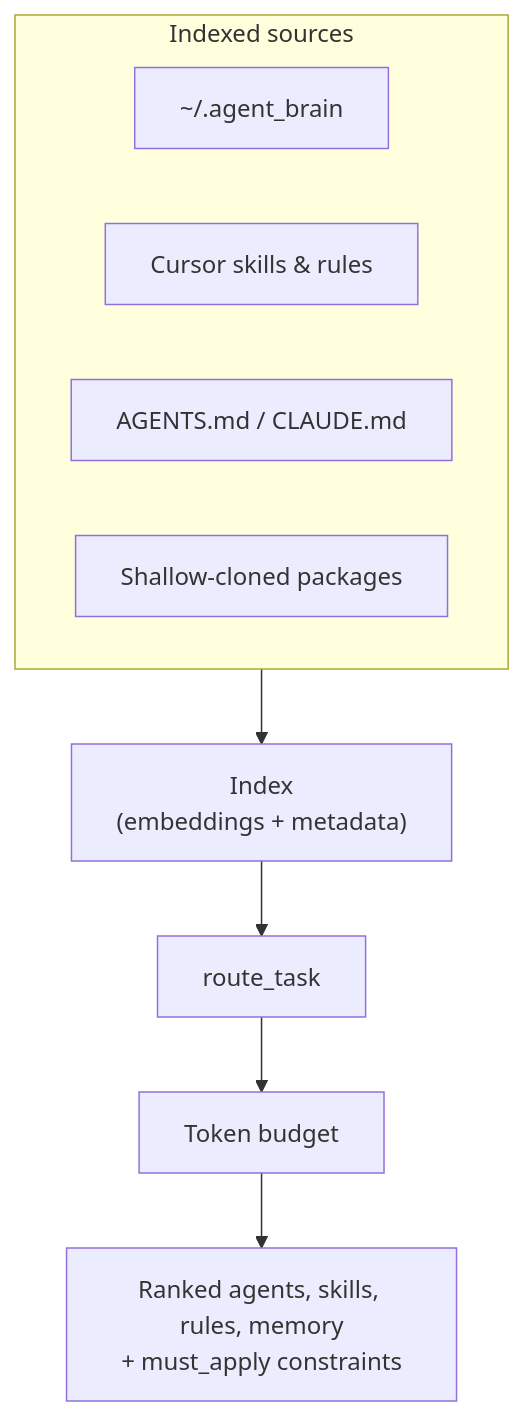
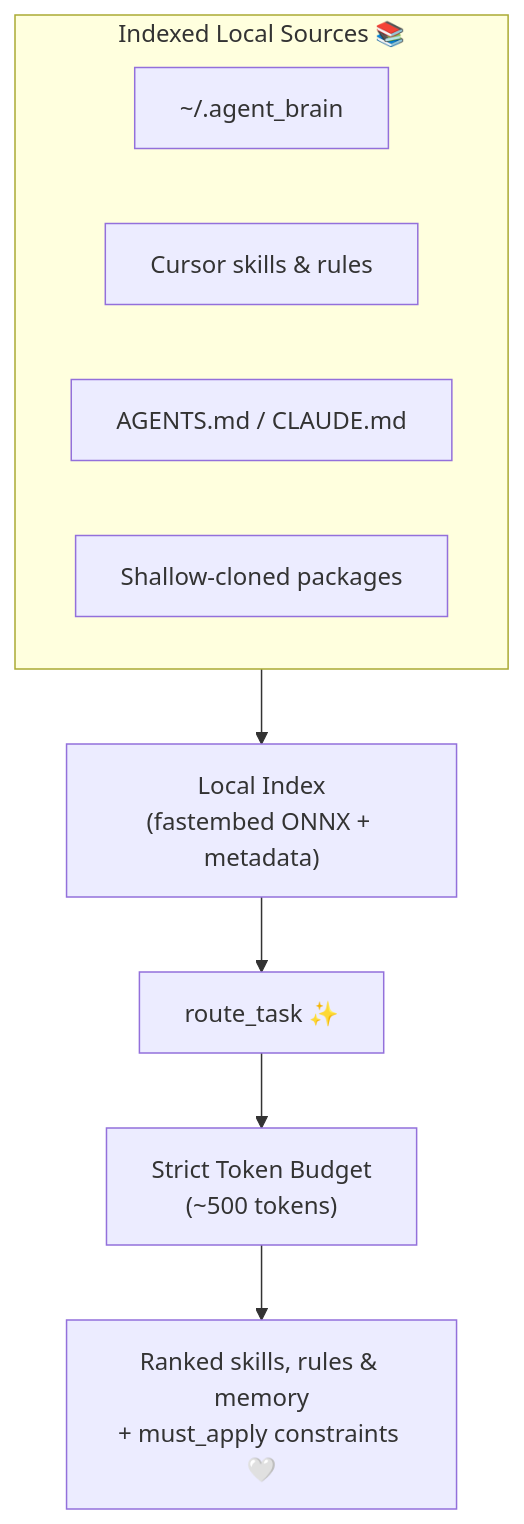
The diagram in src/content/blog/agent-brain-local-mcp-routing.md (abhiudayg/abhiudayg), drawn with Mermaid before and after one commit. The commit also changed other lines of this file and 12 other files, not shown here.

````diff
--- a/src/content/blog/agent-brain-local-mcp-routing.md
+++ b/src/content/blog/agent-brain-local-mcp-routing.md
@@ -30,19 +36,19 @@
 ```mermaid
 flowchart TB
-  subgraph sources["Indexed sources"]
+  subgraph sources["Indexed Local Sources 📚"]
     brain["~/.agent_brain"]
     cursor["Cursor skills & rules"]
     repo["AGENTS.md / CLAUDE.md"]
     packages["Shallow-cloned packages"]
   end
 
-  index["Index\n(embeddings + metadata)"]
-  route["route_task"]
-  budget["Token budget"]
-  output["Ranked agents, skills, rules, memory\n+ must_apply constraints"]
+  index["Local Index\n(fastembed ONNX + metadata)"]
+  route["route_task ✨"]
+  budget["Strict Token Budget\n(~500 tokens)"]
+  output["Ranked skills, rules & memory\n+ must_apply constraints 🤍"]
 
   sources --> index
   index --> route
   route --> budget
   budget --> output
 ```
````
